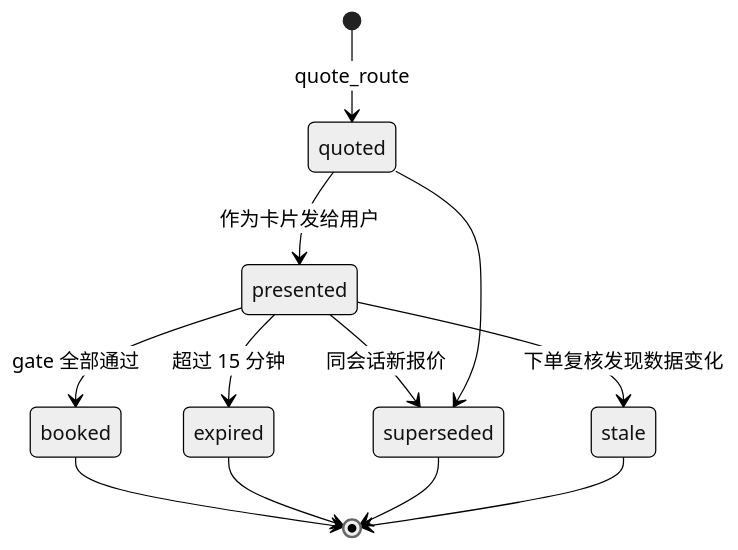
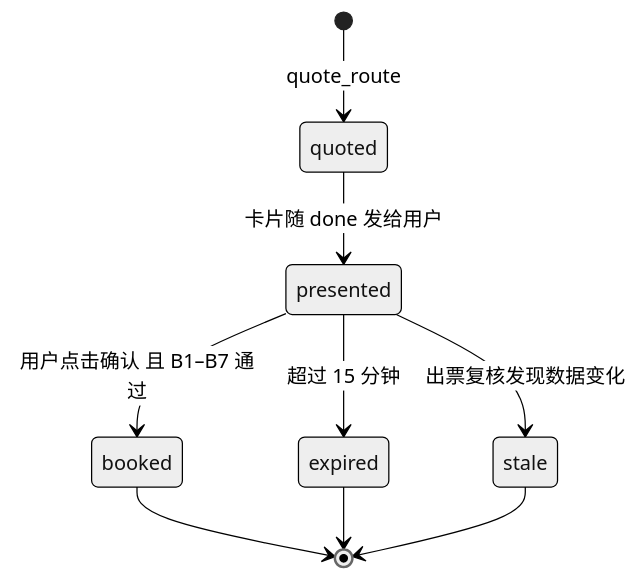
Before and after one commit to chux0519/ocean-above: the fifth of 7 diagrams in docs/design/design.md, drawn with Mermaid (neutral theme). The commit also changed other lines of this file and 8 other files, not shown here.

````diff
--- a/docs/design/design.md
+++ b/docs/design/design.md
@@ -320,14 +334,11 @@
 ```mermaid
 stateDiagram-v2
   [*] --> quoted: quote_route
-  quoted --> presented: 作为卡片发给用户
-  presented --> booked: gate 全部通过
+  quoted --> presented: 卡片随 done 发给用户
+  presented --> booked: 用户点击确认 且 B1–B7 通过
   presented --> expired: 超过 15 分钟
-  presented --> superseded: 同会话新报价
-  presented --> stale: 下单复核发现数据变化
-  quoted --> superseded
+  presented --> stale: 出票复核发现数据变化
   booked --> [*]
   expired --> [*]
-  superseded --> [*]
   stale --> [*]
 ```
````
